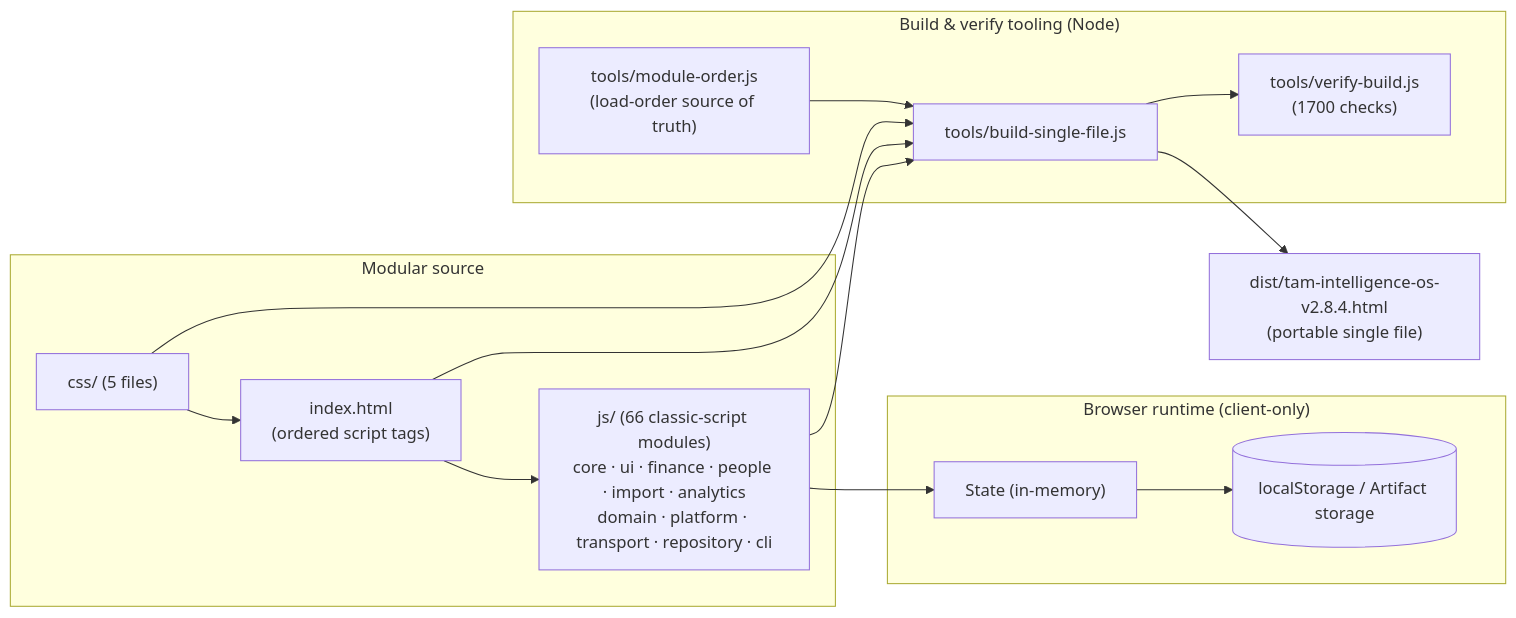
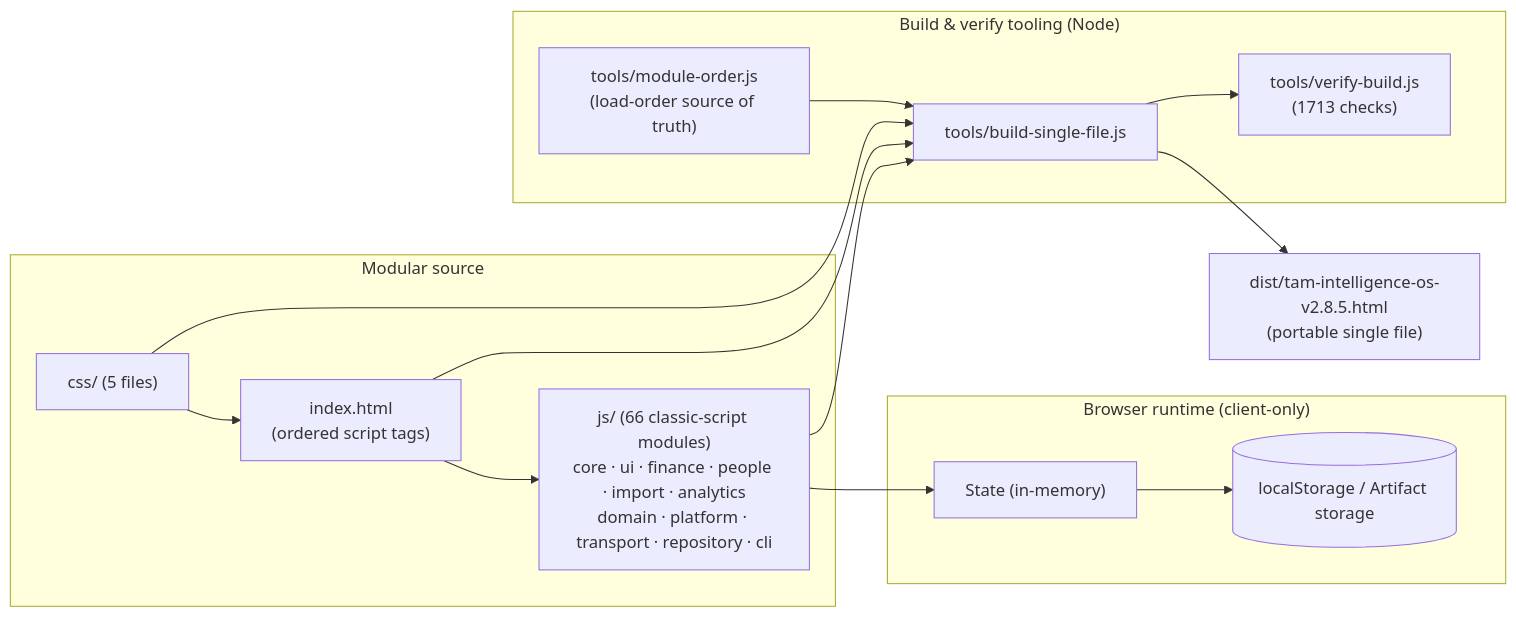
One commit to fanoryu/TAM-Intelligence-OS changed the first of 2 diagrams in README.md. Above: the diagram before and after it, drawn with Mermaid. The commit also changed other lines of this file and 9 other files, not shown here.

First line of the commit message:
Release v2.8.5 - Workspace & Contract Timeline Integrity

````diff
--- a/README.md
+++ b/README.md
@@ -178,27 +170,27 @@
 ```mermaid
 flowchart LR
   subgraph Source["Modular source"]
     IDX["index.html<br/>(ordered script tags)"]
     CSS["css/ (5 files)"]
     JS["js/ (66 classic-script modules)<br/>core · ui · finance · people · import · analytics<br/>domain · platform · transport · repository · cli"]
   end
   subgraph Runtime["Browser runtime (client-only)"]
     STATE["State (in-memory)"]
     LS[("localStorage / Artifact storage")]
   end
   subgraph Build["Build & verify tooling (Node)"]
     ORDER["tools/module-order.js<br/>(load-order source of truth)"]
     BUILD["tools/build-single-file.js"]
-    VERIFY["tools/verify-build.js<br/>(1700 checks)"]
+    VERIFY["tools/verify-build.js<br/>(1713 checks)"]
   end
-  DIST["dist/tam-intelligence-os-v2.8.4.html<br/>(portable single file)"]
+  DIST["dist/tam-intelligence-os-v2.8.5.html<br/>(portable single file)"]
 
   IDX --> JS --> STATE --> LS
   CSS --> IDX
   ORDER --> BUILD
   IDX --> BUILD
   CSS --> BUILD
   JS --> BUILD
   BUILD --> DIST
   BUILD --> VERIFY
 ```
````
